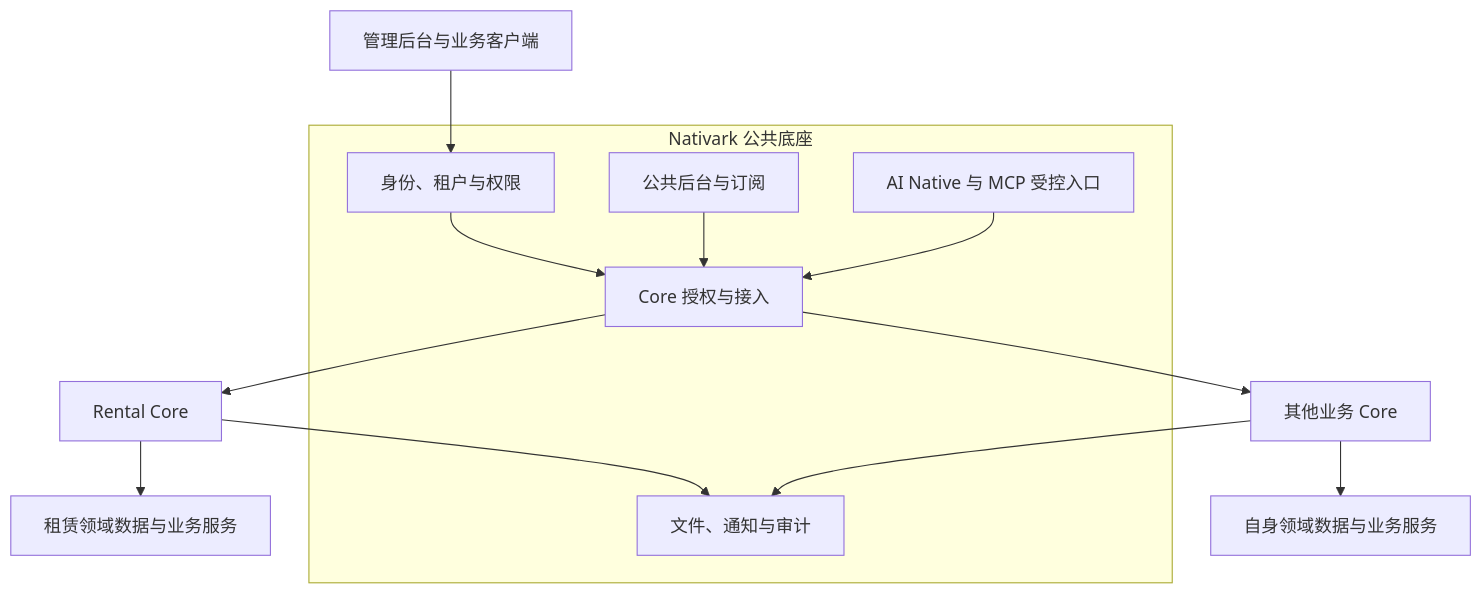
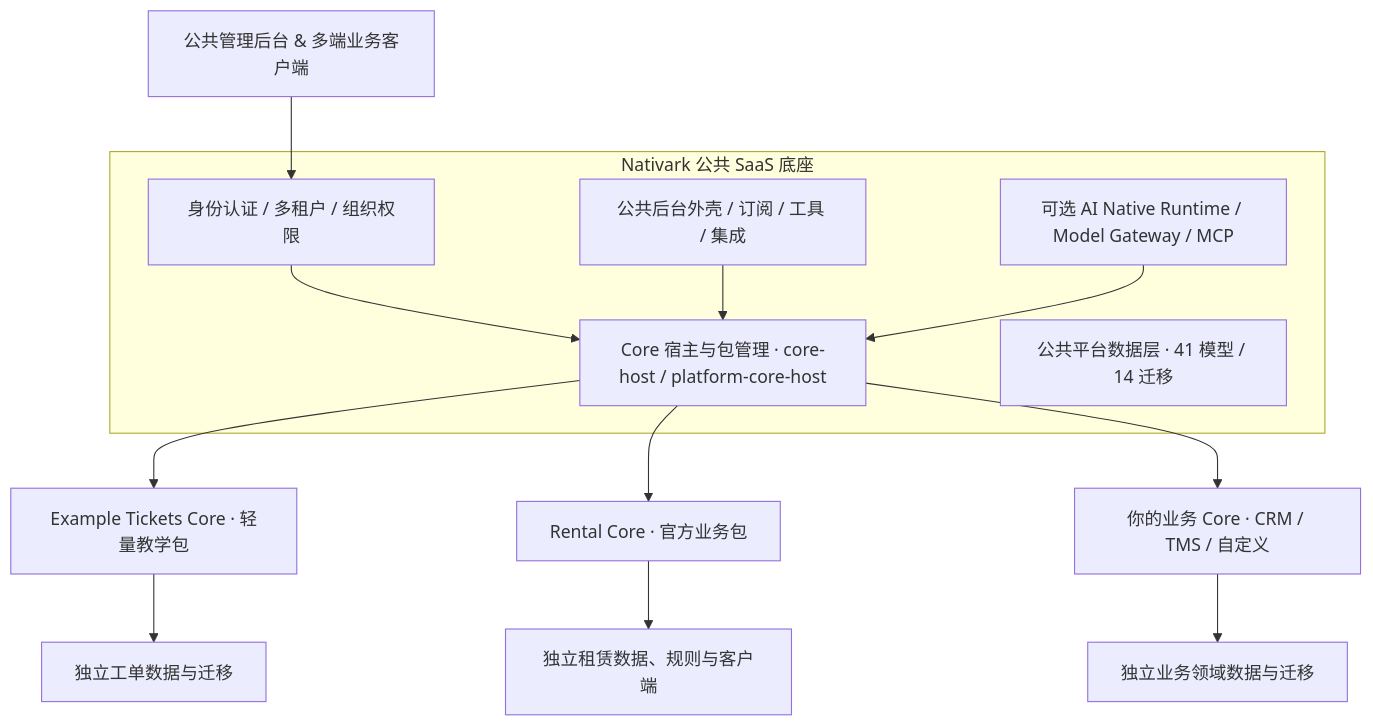
Before and after one commit to JinPen-G/Nativark: the diagram in README.md, drawn with Mermaid. The commit also changed other lines of this file, not shown here.

First line of the commit message:
重写主分支 README 为开源 Nativark 底座视角

````diff
--- a/README.md
+++ b/README.md
@@ -44,16 +65,16 @@
 ```mermaid
 flowchart TD
-    UI[管理后台与业务客户端] --> Identity
-    subgraph Platform[Nativark 公共底座]
-        Identity[身份、租户与权限] --> Access[Core 授权与接入]
-        Console[公共后台与订阅] --> Access
-        AI[AI Native 与 MCP 受控入口] --> Access
-        Services[文件、通知与审计]
+    UI[公共管理后台 & 多端业务客户端] --> Identity
+    subgraph Base[Nativark 公共 SaaS 底座]
+        Identity[身份认证 / 多租户 / 组织权限] --> CoreHost[Core 宿主与包管理 · core-host / platform-core-host]
+        Console[公共后台外壳 / 订阅 / 工具 / 集成] --> CoreHost
+        AI[可选 AI Native Runtime / Model Gateway / MCP] --> CoreHost
+        Data[公共平台数据层 · 41 模型 / 14 迁移]
     end
-    Access --> Rental[Rental Core]
-    Access --> Other[其他业务 Core]
-    Rental --> RentalData[租赁领域数据与业务服务]
-    Other --> OtherData[自身领域数据与业务服务]
-    Rental --> Services
-    Other --> Services
+    CoreHost --> Tickets[Example Tickets Core · 轻量教学包]
+    CoreHost --> Rental[Rental Core · 官方业务包]
+    CoreHost --> Custom[你的业务 Core · CRM / TMS / 自定义]
+    Tickets --> TicketsData[独立工单数据与迁移]
+    Rental --> RentalData[独立租赁数据、规则与客户端]
+    Custom --> CustomData[独立业务领域数据与迁移]
 ```
````
